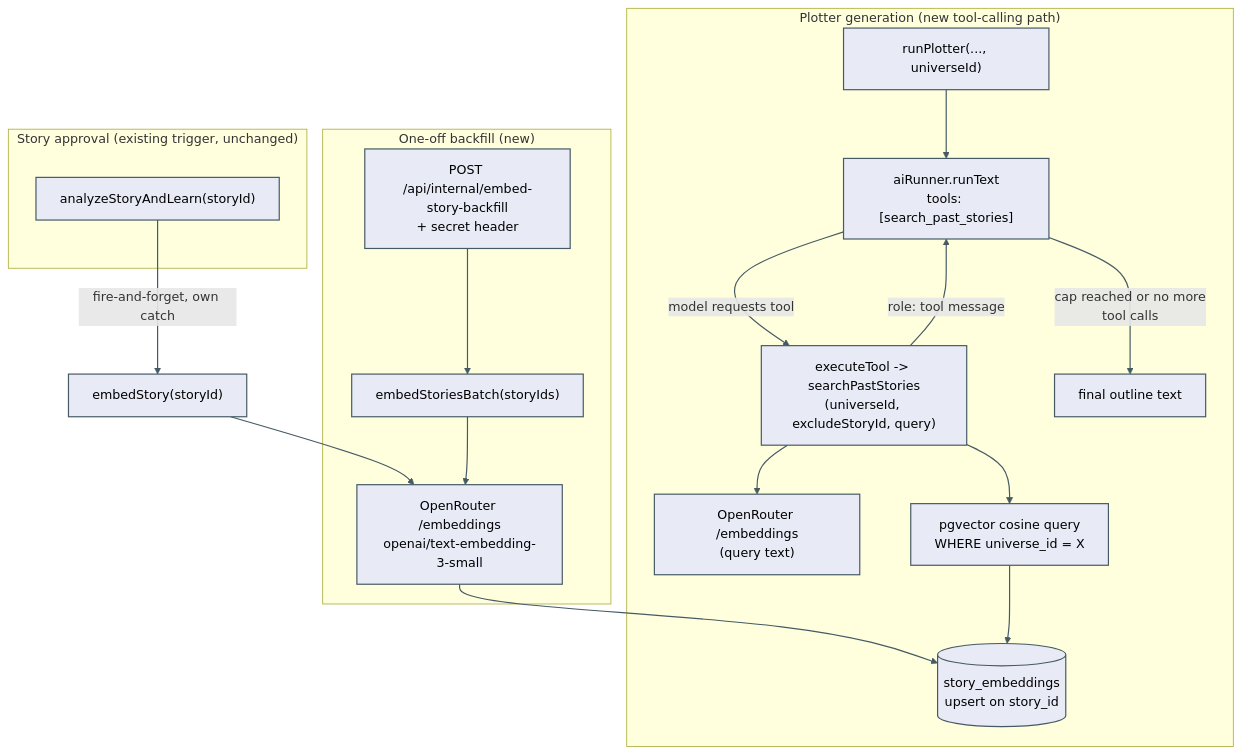
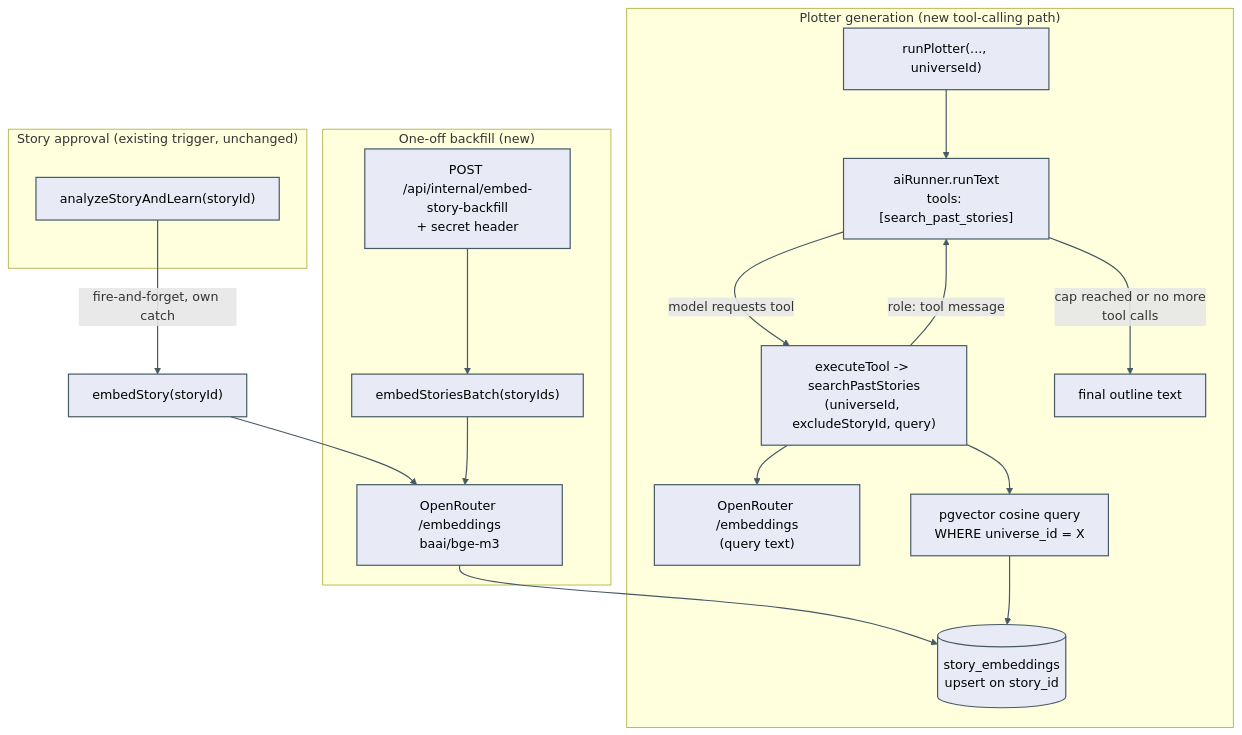
The diagram in docs/architecture/story-retrieval.md (ikushlianski/bedtime-stories), drawn with Mermaid before and after one commit. The commit also changed other lines of this file and 15 other files, not shown here.

First line of the commit message:
feat(pipeline): switch story embeddings to bge-m3, add retrieval eval

````diff
--- a/docs/architecture/story-retrieval.md
+++ b/docs/architecture/story-retrieval.md
@@ -27,27 +27,27 @@
 ```mermaid
 flowchart TD
   classDef default fill:#e8eaf6,stroke:#455a64,stroke-width:1.5px,color:#000
   linkStyle default stroke:#455a64,stroke-width:1.5px
 
   subgraph Approval["Story approval (existing trigger, unchanged)"]
     A["analyzeStoryAndLearn(storyId)"]
   end
   A -->|"fire-and-forget, own catch"| B["embedStory(storyId)"]
-  B --> C["OpenRouter /embeddings<br/>openai/text-embedding-3-small"]
+  B --> C["OpenRouter /embeddings<br/>baai/bge-m3"]
   C --> D[("story_embeddings<br/>upsert on story_id")]
 
   subgraph Backfill["One-off backfill (new)"]
     E["POST /api/internal/embed-story-backfill<br/>+ secret header"] --> F["embedStoriesBatch(storyIds)"]
     F --> C
   end
 
   subgraph PlotterRun["Plotter generation (new tool-calling path)"]
     G["runPlotter(..., universeId)"] --> H["aiRunner.runText<br/>tools: [search_past_stories]"]
     H -->|"model requests tool"| I["executeTool -> searchPastStories<br/>(universeId, excludeStoryId, query)"]
     I --> J["OpenRouter /embeddings<br/>(query text)"]
     I --> K["pgvector cosine query<br/>WHERE universe_id = X"]
     K --> D
     I -->|"role: tool message"| H
     H -->|"cap reached or no more<br/>tool calls"| L["final outline text"]
   end
 ```
````
